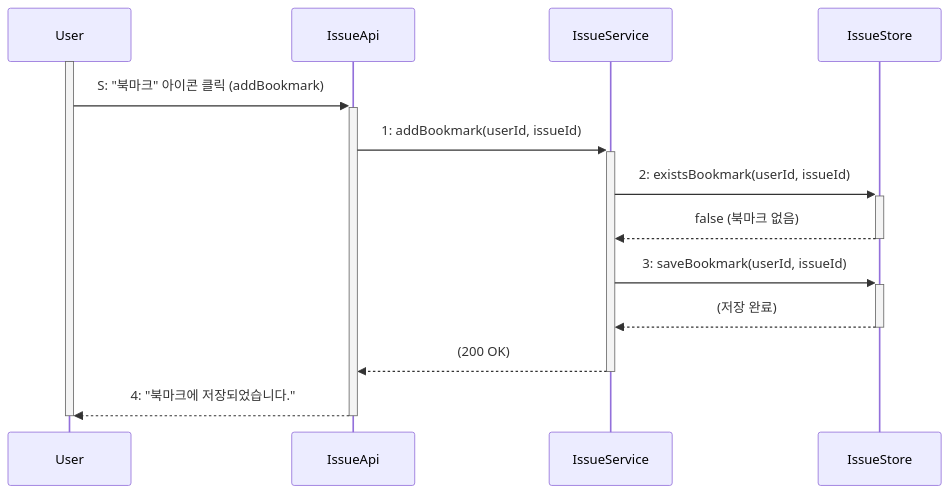
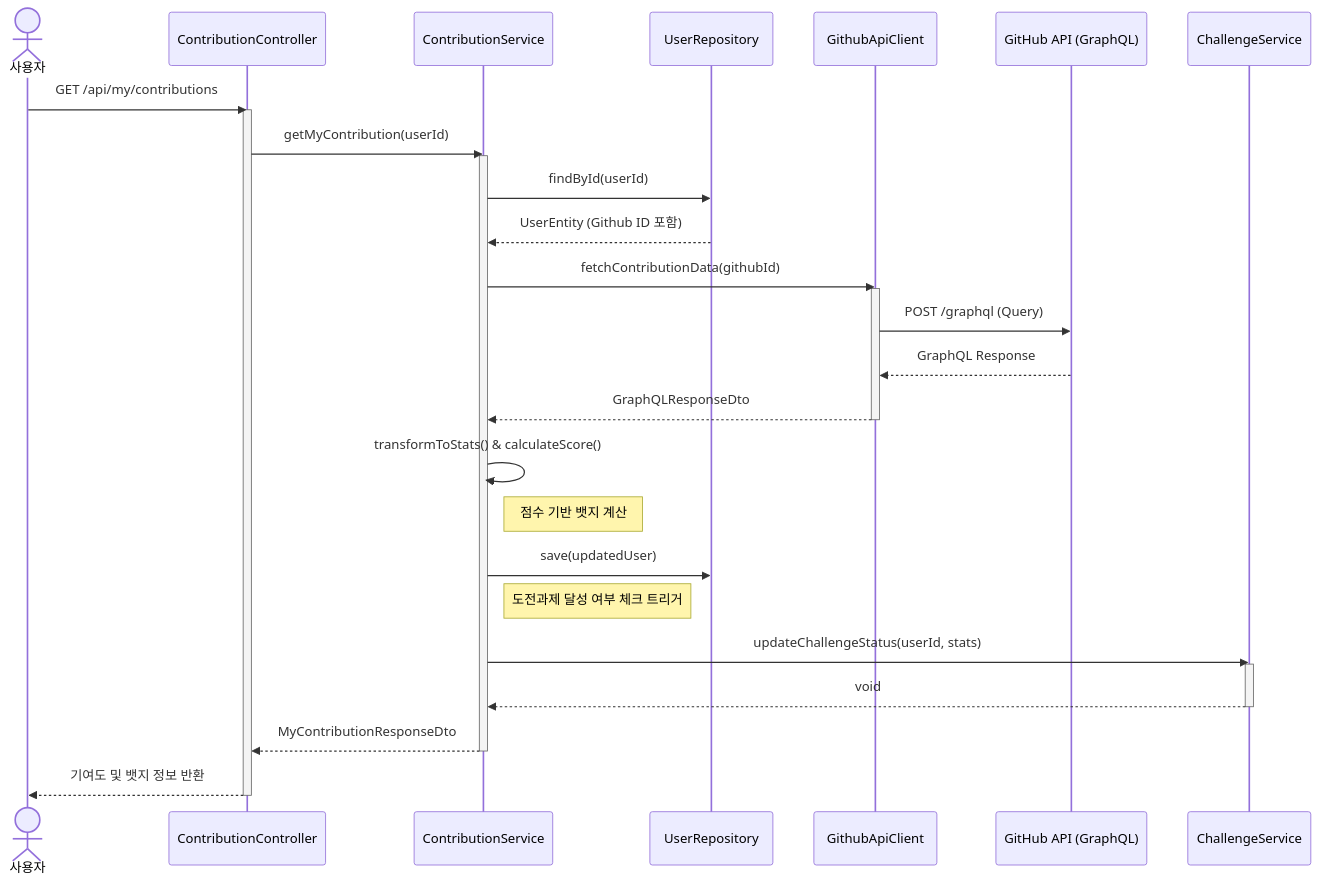
Before and after one commit to OHWCH/se_dev: diagram 36 of 43 in SDS_[깃라잡이].md, drawn with Mermaid. The commit also changed other lines of this file, not shown here.

First line of the commit message:
이슈,기여도,도전과제,투두리스트 시퀀스다이어그램

````diff
--- a/SDS_[깃라잡이].md
+++ b/SDS_[깃라잡이].md
@@ -5856,24 +5872,43 @@
 ```mermaid
 sequenceDiagram
-    participant User
-    participant IssueApi
-    participant IssueService
-    participant IssueStore
+    actor User as 사용자
+    participant Controller as ContributionController
+    participant Service as ContributionService
+    participant UserRepo as UserRepository
+    participant APIClient as GithubApiClient
+    participant GitHub as GitHub API (GraphQL)
+    participant C_Service as ChallengeService
 
-    activate User
-    User->>+IssueApi: S: "북마크" 아이콘 클릭 (addBookmark)
+    User->>Controller: GET /api/my/contributions
+    activate Controller
     
-    IssueApi->>+IssueService: 1: addBookmark(userId, issueId)
+    Controller->>Service: getMyContribution(userId)
+    activate Service
     
-    IssueService->>+IssueStore: 2: existsBookmark(userId, issueId)
-    IssueStore-->>-IssueService: false (북마크 없음)
+    Service->>UserRepo: findById(userId)
+    UserRepo-->>Service: UserEntity (Github ID 포함)
     
-    IssueService->>+IssueStore: 3: saveBookmark(userId, issueId)
-    IssueStore-->>-IssueService: (저장 완료)
+    Service->>APIClient: fetchContributionData(githubId)
+    activate APIClient
+    APIClient->>GitHub: POST /graphql (Query)
+    GitHub-->>APIClient: GraphQL Response
+    APIClient-->>Service: GraphQLResponseDto
+    deactivate APIClient
     
-    IssueService-->>-IssueApi: (200 OK)
+    Service->>Service: transformToStats() & calculateScore()
+    Note right of Service: 점수 기반 뱃지 계산
     
-    IssueApi-->>User: 4: "북마크에 저장되었습니다."
-    deactivate IssueApi
-    deactivate User
+    Service->>UserRepo: save(updatedUser)
+    
+    Note right of Service: 도전과제 달성 여부 체크 트리거
+    Service->>C_Service: updateChallengeStatus(userId, stats)
+    activate C_Service
+    C_Service-->>Service: void
+    deactivate C_Service
+    
+    Service-->>Controller: MyContributionResponseDto
+    deactivate Service
+    
+    Controller-->>User: 기여도 및 뱃지 정보 반환
+    deactivate Controller
 ```
````
